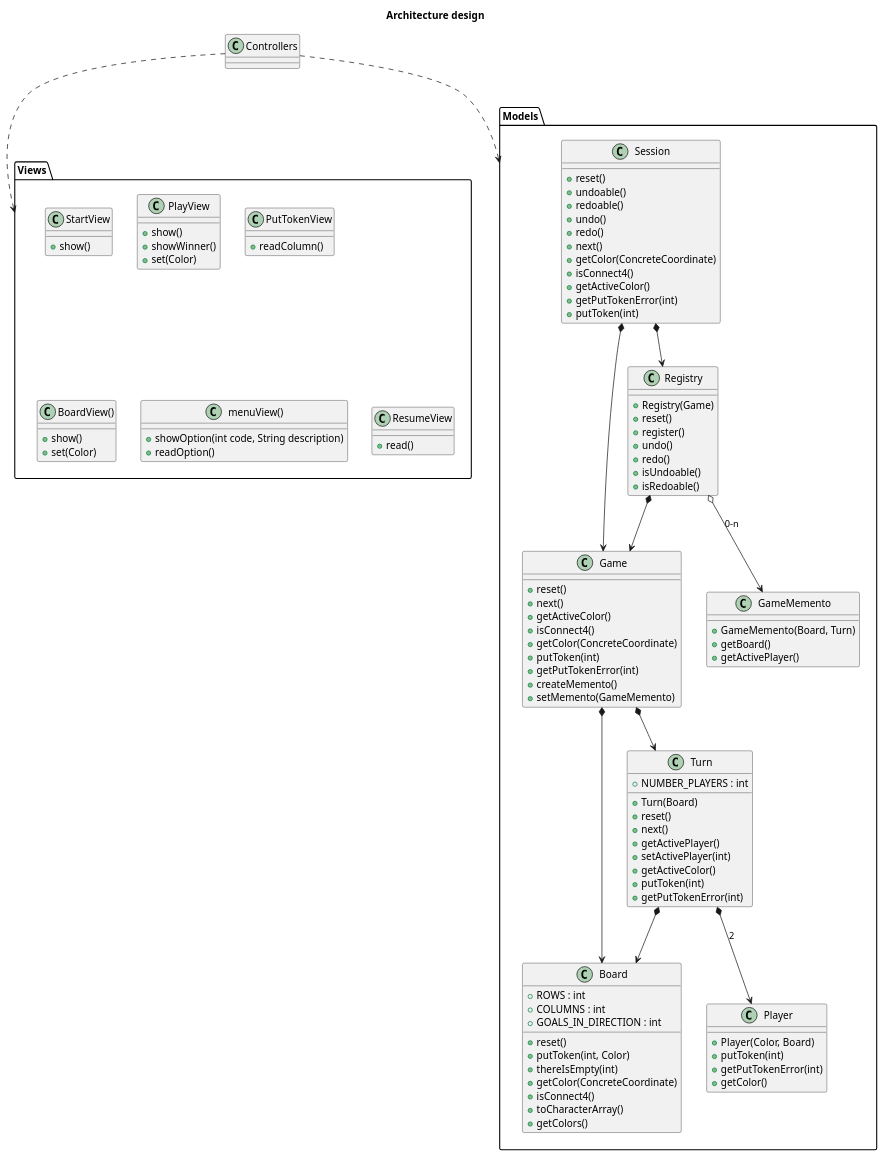
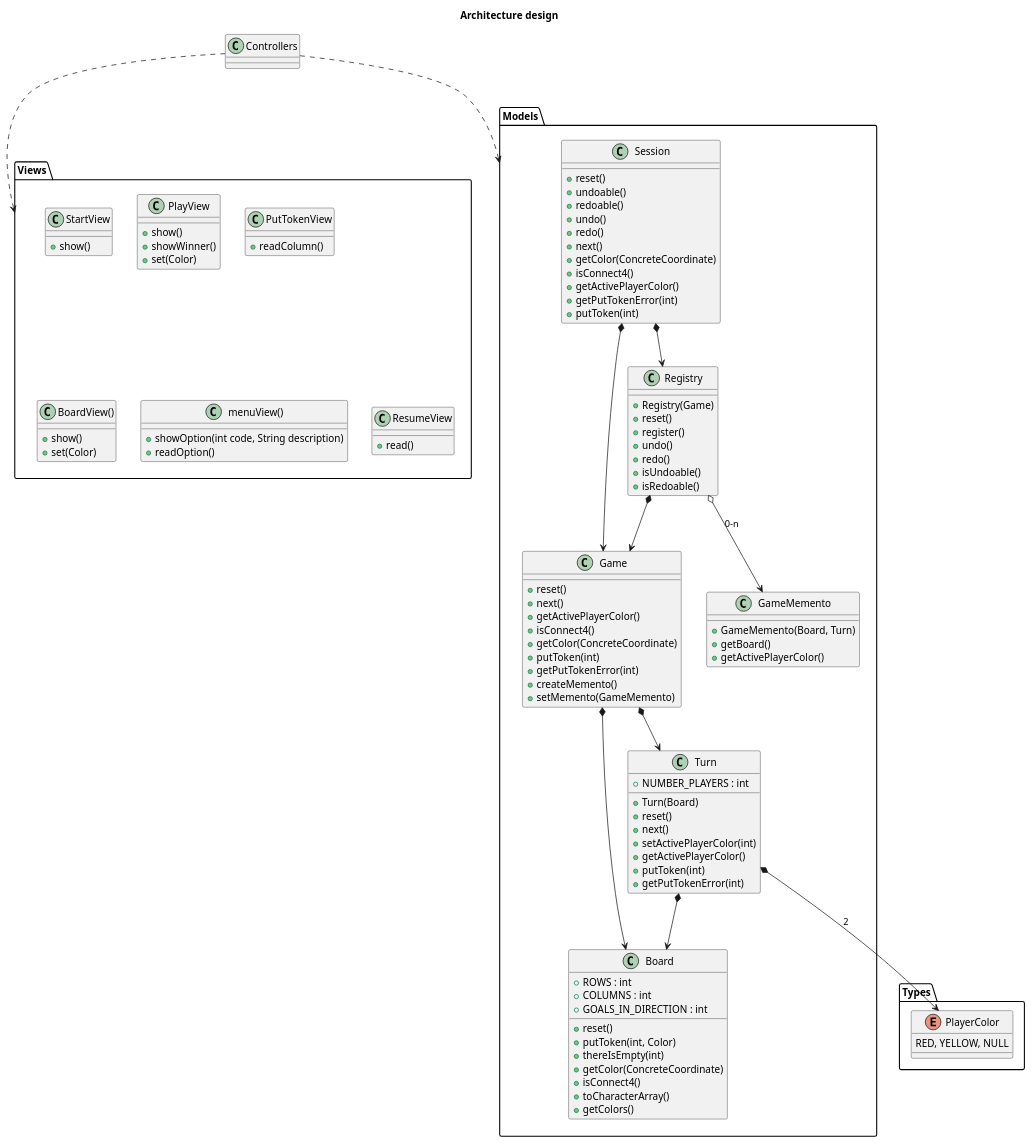
One commit to hugohg34/conecta4 changed the diagram in doc/src/design/design.puml. Above: the diagram before and after it, drawn with PlantUML. The commit also changed 1 other file, not shown here.

Commit message:
Design remove class Player, rename methods

```diff
--- a/doc/src/design/design.puml
+++ b/doc/src/design/design.puml
@@ -1,118 +1,118 @@
 @startuml
 
 title "Architecture design"
 
 package Views{
 	class StartView{
 		+ show()
 	}
 	class PlayView{
 		+ show()
 		+ showWinner()
 		+ set(Color)
 	}
 	class PutTokenView{
 		+ readColumn()
 	}
 	
 	class BoardView(){
 		+ show()
 		+ set(Color)
 	}
 	class menuView(){
 		+ showOption(int code, String description)
 		+ readOption()
 	}
 	class ResumeView{
 		+ read()
 	}
 }
 
+package Types{
+	enum PlayerColor{
+		RED, YELLOW, NULL
+	}
+}
+
 package Models{
 	class Game{
 		+ reset()
 		+ next()
-		+ getActiveColor()
+		+ getActivePlayerColor()
 		+ isConnect4()
 		+ getColor(ConcreteCoordinate)
 		+ putToken(int)
 		+ getPutTokenError(int)
 		+ createMemento()
 		+ setMemento(GameMemento)
 	}
 	
 	class Session{
 		+ reset()
 		+ undoable()
 		+ redoable()
 		+ undo()
 		+ redo()
 		+ next()
 		+ getColor(ConcreteCoordinate)
 		+ isConnect4()
-		+ getActiveColor()
+		+ getActivePlayerColor()
 		+ getPutTokenError(int)
 		+ putToken(int)	
 	}
 	
 	class Registry{
 		+ Registry(Game)
 		+ reset()
 		+ register()
 		+ undo()
 		+ redo()
 		+ isUndoable()
 		+ isRedoable()
 	}
 	
 	class GameMemento{
 		+ GameMemento(Board, Turn)
 		+ getBoard()
-		+ getActivePlayer()
+		+ getActivePlayerColor()
 	}
 	
 	class Board{
 		+ ROWS : int
 		+ COLUMNS : int
 		+ GOALS_IN_DIRECTION : int
 		+ reset()
 		+  putToken(int, Color)
 		+ thereIsEmpty(int)
 		+ getColor(ConcreteCoordinate)
 		+ isConnect4()
 		+ toCharacterArray()
 		+ getColors()
 	}
-	class Player{
-		+ Player(Color, Board)
-		+ putToken(int)
-		+ getPutTokenError(int)
-		+ getColor()
-	}
+	
 	class Turn{
 		+ NUMBER_PLAYERS : int
 		+ Turn(Board)
 		+ reset()
 		+ next()
-		+ getActivePlayer()
-		+ setActivePlayer(int)
-		+ getActiveColor()
+		+ setActivePlayerColor(int)
+		+ getActivePlayerColor()
 		+ putToken(int)
 		+ getPutTokenError(int)
 	}
 	
 	Session *--> Game
 	Session *--> Registry
 	Registry *--> Game
 	Registry o--> GameMemento : 0-n
 	
 	Game *--> Board
 	Game *--> Turn
 	Turn *--> Board
-	Turn *--> Player :2
+	Turn *--> PlayerColor :2
 }
 
 Controllers ..> Views
 Controllers ..> Models
 
 @enduml
```
